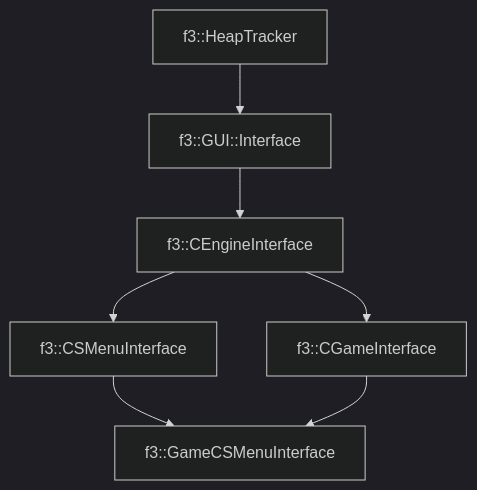
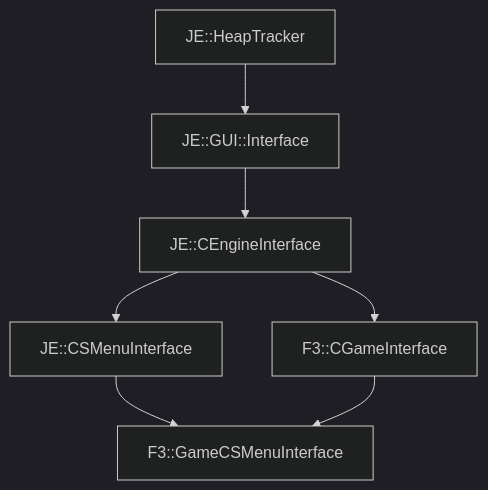
Before and after one commit to OpenJE/openvb: the diagram in docs/f3/GameCSMenuInterface.md, drawn with Mermaid (dark theme). The commit also changed other lines of this file and 1399 other files, not shown here.

````diff
--- a/docs/f3/GameCSMenuInterface.md
+++ b/docs/f3/GameCSMenuInterface.md
@@ -20,9 +20,9 @@
 ```mermaid
 graph TD;
-    f3::HeapTracker --> f3::GUI::Interface
-    f3::GUI::Interface --> f3::CEngineInterface
-    f3::CEngineInterface --> f3::CSMenuInterface
-    f3::CEngineInterface --> f3::CGameInterface
-    f3::CSMenuInterface --> f3::GameCSMenuInterface
-    f3::CGameInterface --> f3::GameCSMenuInterface
+    JE::HeapTracker --> JE::GUI::Interface
+    JE::GUI::Interface --> JE::CEngineInterface
+    JE::CEngineInterface --> JE::CSMenuInterface
+    JE::CEngineInterface --> F3::CGameInterface
+    JE::CSMenuInterface --> F3::GameCSMenuInterface
+    F3::CGameInterface --> F3::GameCSMenuInterface
 ```
````
